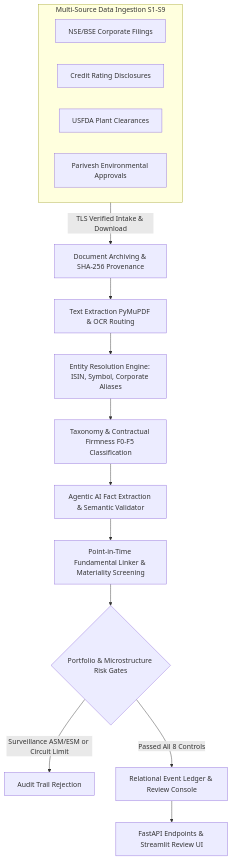
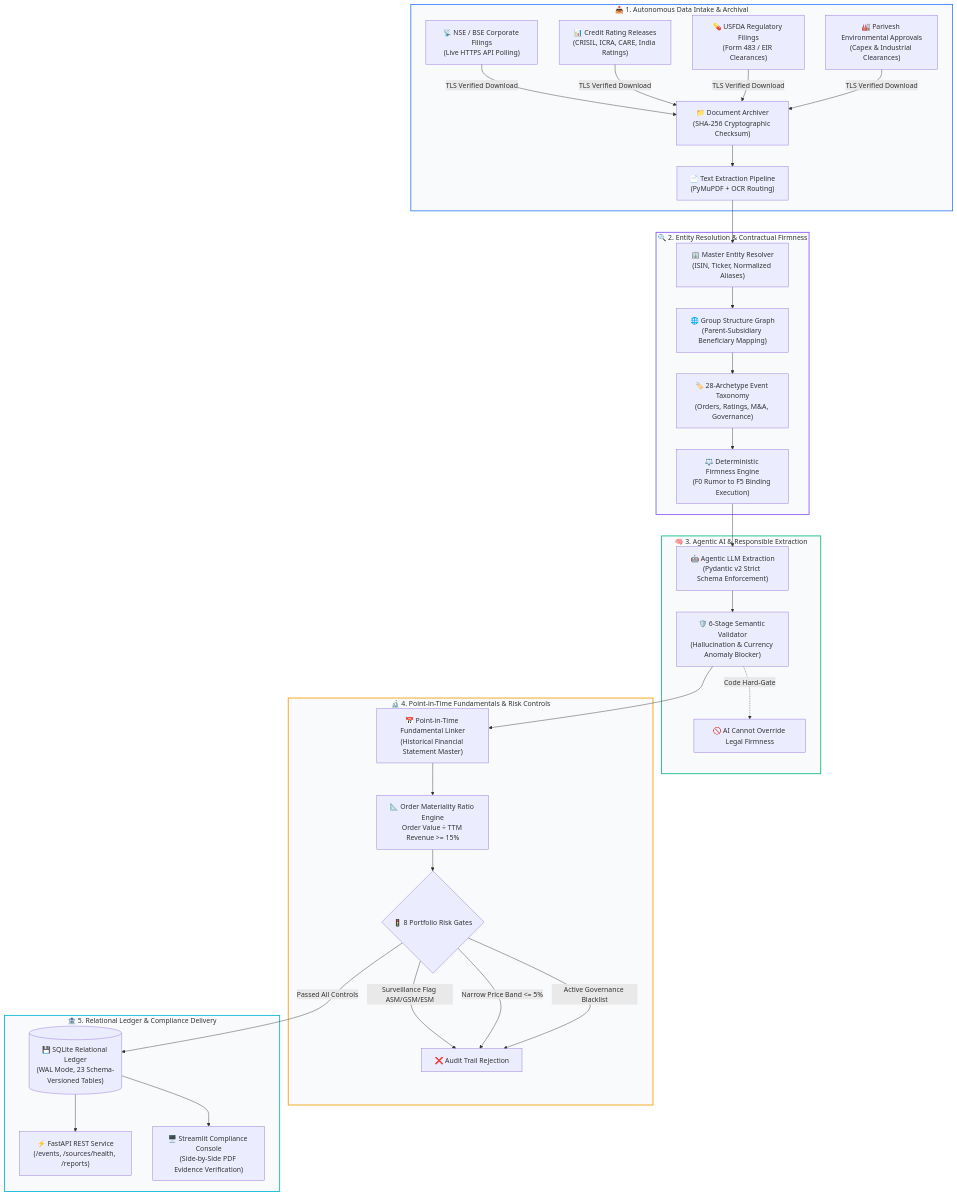
The diagram in README.md (Hastagtamilnadu/event-driven-catalyst-engine), drawn with Mermaid before and after one commit. The commit also changed other lines of this file, not shown here.

Commit message:
docs: upgrade architecture pipeline diagram and repository structure

````diff
--- a/README.md
+++ b/README.md
@@ -16,24 +18,55 @@
 ```mermaid
 flowchart TD
-    subgraph Sources [Multi-Source Data Ingestion S1-S9]
-        S1[NSE/BSE Corporate Filings]
-        S2[Credit Rating Disclosures]
-        S4[USFDA Plant Clearances]
-        S7[Parivesh Environmental Approvals]
+    %% Source Ingestion Layer
+    subgraph INGESTION ["📥 1. Autonomous Data Intake & Archival"]
+        S1["📡 NSE / BSE Corporate Filings<br/>(Live HTTPS API Polling)"]
+        S2["📊 Credit Rating Releases<br/>(CRISIL, ICRA, CARE, India Ratings)"]
+        S3["💊 USFDA Regulatory Filings<br/>(Form 483 / EIR Clearances)"]
+        S4["🏭 Parivesh Environmental Approvals<br/>(Capex & Industrial Clearances)"]
+        
+        S1 & S2 & S3 & S4 -->|TLS Verified Download| ARCH["📁 Document Archiver<br/>(SHA-256 Cryptographic Checksum)"]
+        ARCH --> TXT["📄 Text Extraction Pipeline<br/>(PyMuPDF + OCR Routing)"]
     end
 
-    Sources -->|TLS Verified Intake & Download| Arch[Document Archiving & SHA-256 Provenance]
-    Arch --> Extract[Text Extraction PyMuPDF & OCR Routing]
-    
-    Extract --> Entity[Entity Resolution Engine: ISIN, Symbol, Corporate Aliases]
-    Entity --> Taxo[Taxonomy & Contractual Firmness F0-F5 Classification]
-    
-    Taxo --> AI[Agentic AI Fact Extraction & Semantic Validator]
-    AI --> PIT[Point-in-Time Fundamental Linker & Materiality Screening]
-    
-    PIT --> Gates{Portfolio & Microstructure Risk Gates}
-    Gates -->|Surveillance ASM/ESM or Circuit Limit| Reject[Audit Trail Rejection]
-    Gates -->|Passed All 8 Controls| Ledger[Relational Event Ledger & Review Console]
-    
-    Ledger --> API[FastAPI Endpoints & Streamlit Review UI]
+    %% Entity & Taxonomy Processing
+    subgraph RESOLUTION ["🔍 2. Entity Resolution & Contractual Firmness"]
+        TXT --> ENT["🏢 Master Entity Resolver<br/>(ISIN, Ticker, Normalized Aliases)"]
+        ENT --> GRAPH["🌐 Group Structure Graph<br/>(Parent-Subsidiary Beneficiary Mapping)"]
+        
+        GRAPH --> TAXO["🏷️ 28-Archetype Event Taxonomy<br/>(Orders, Ratings, M&A, Governance)"]
+        TAXO --> FIRM["⚖️ Deterministic Firmness Engine<br/>(F0 Rumor to F5 Binding Execution)"]
+    end
+
+    %% AI Extraction & Fact Validation
+    subgraph EXTRACTION ["🧠 3. Agentic AI & Responsible Extraction"]
+        FIRM --> LLM["🤖 Agentic LLM Extraction<br/>(Pydantic v2 Strict Schema Enforcement)"]
+        LLM --> VAL["🛡️ 6-Stage Semantic Validator<br/>(Hallucination & Currency Anomaly Blocker)"]
+        VAL -.->|Code Hard-Gate| GUARD["🚫 AI Cannot Override Legal Firmness"]
+    end
+
+    %% Fundamental Screening & Risk Gating
+    subgraph QUANT ["🔬 4. Point-in-Time Fundamentals & Risk Controls"]
+        VAL --> PIT["📅 Point-in-Time Fundamental Linker<br/>(Historical Financial Statement Master)"]
+        PIT --> MAT["📐 Order Materiality Ratio Engine<br/>Order Value ÷ TTM Revenue >= 15%"]
+        
+        MAT --> GATES{"🚦 8 Portfolio Risk Gates"}
+        GATES -->|Surveillance Flag ASM/GSM/ESM| REJ["❌ Audit Trail Rejection"]
+        GATES -->|Narrow Price Band <= 5%| REJ
+        GATES -->|Active Governance Blacklist| REJ
+    end
+
+    %% Persistence & Presentation Layer
+    subgraph PERSISTENCE ["🏦 5. Relational Ledger & Compliance Delivery"]
+        GATES -->|Passed All Controls| LEDGER[("💾 SQLite Relational Ledger<br/>(WAL Mode, 23 Schema-Versioned Tables)")]
+        
+        LEDGER --> API["⚡ FastAPI REST Service<br/>(/events, /sources/health, /reports)"]
+        LEDGER --> UI["🖥️ Streamlit Compliance Console<br/>(Side-by-Side PDF Evidence Verification)"]
+    end
+
+    %% Flow Styling
+    style INGESTION fill:#f8fafc,stroke:#3b82f6,stroke-width:2px;
+    style RESOLUTION fill:#f8fafc,stroke:#8b5cf6,stroke-width:2px;
+    style EXTRACTION fill:#f8fafc,stroke:#10b981,stroke-width:2px;
+    style QUANT fill:#f8fafc,stroke:#f59e0b,stroke-width:2px;
+    style PERSISTENCE fill:#f8fafc,stroke:#06b6d4,stroke-width:2px;
 ```
````
